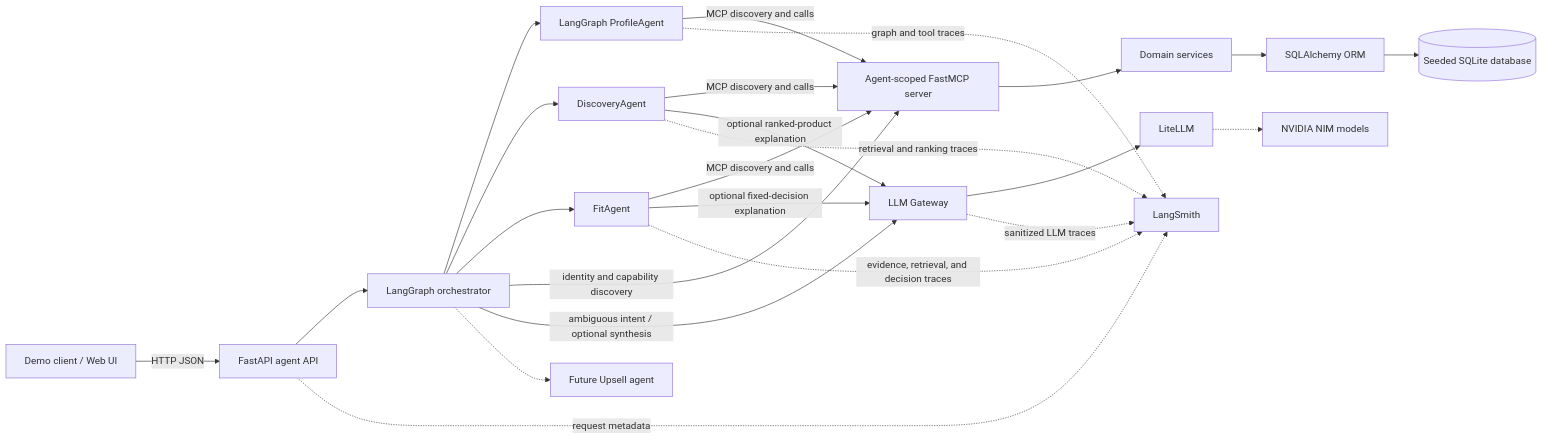
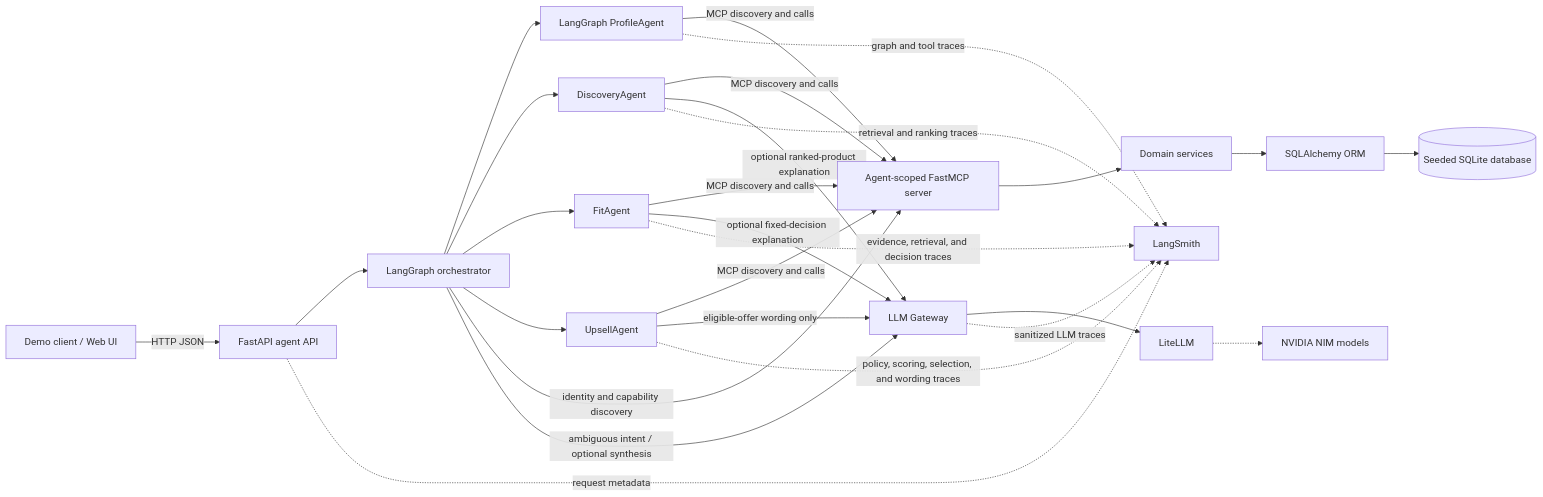
One commit to budurusumithkumar/Neutail changed the first of 11 diagrams in SYSTEM_DESIGN.md. Above: the diagram before and after it, drawn with Mermaid. The commit also changed other lines of this file and 27 other files, not shown here.

````diff
--- a/SYSTEM_DESIGN.md
+++ b/SYSTEM_DESIGN.md
@@ -49,28 +52,31 @@
 ```mermaid
 flowchart LR
     User[Demo client / Web UI] -->|HTTP JSON| API[FastAPI agent API]
     API --> O[LangGraph orchestrator]
     O --> PA[LangGraph ProfileAgent]
     O --> DA[DiscoveryAgent]
     O --> FA[FitAgent]
+    O --> UA[UpsellAgent]
     O -->|identity and capability discovery| MCP
     PA -->|MCP discovery and calls| MCP[Agent-scoped FastMCP server]
     DA -->|MCP discovery and calls| MCP
     FA -->|MCP discovery and calls| MCP
+    UA -->|MCP discovery and calls| MCP
     MCP --> DS[Domain services]
     DS --> ORM[SQLAlchemy ORM]
     ORM --> DB[(Seeded SQLite database)]
 
     O -->|ambiguous intent / optional synthesis| GW[LLM Gateway]
     DA -->|optional ranked-product explanation| GW
     FA -->|optional fixed-decision explanation| GW
-    O -.-> Future[Future Upsell agent]
+    UA -->|eligible-offer wording only| GW
     GW --> Lite[LiteLLM]
     Lite -.-> Providers[NVIDIA NIM models]
 
     API -. request metadata .-> LS[LangSmith]
     PA -. graph and tool traces .-> LS
     DA -. retrieval and ranking traces .-> LS
     FA -. evidence, retrieval, and decision traces .-> LS
+    UA -. policy, scoring, selection, and wording traces .-> LS
     GW -. sanitized LLM traces .-> LS
 ```
````
